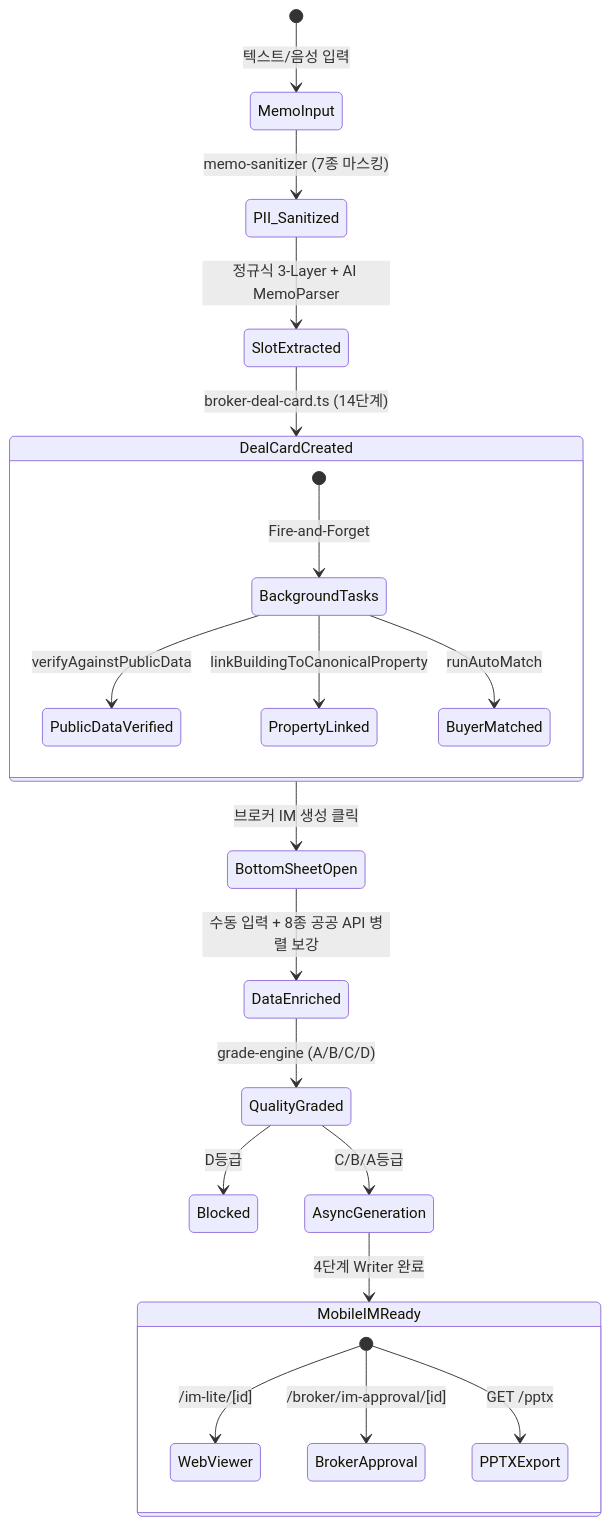
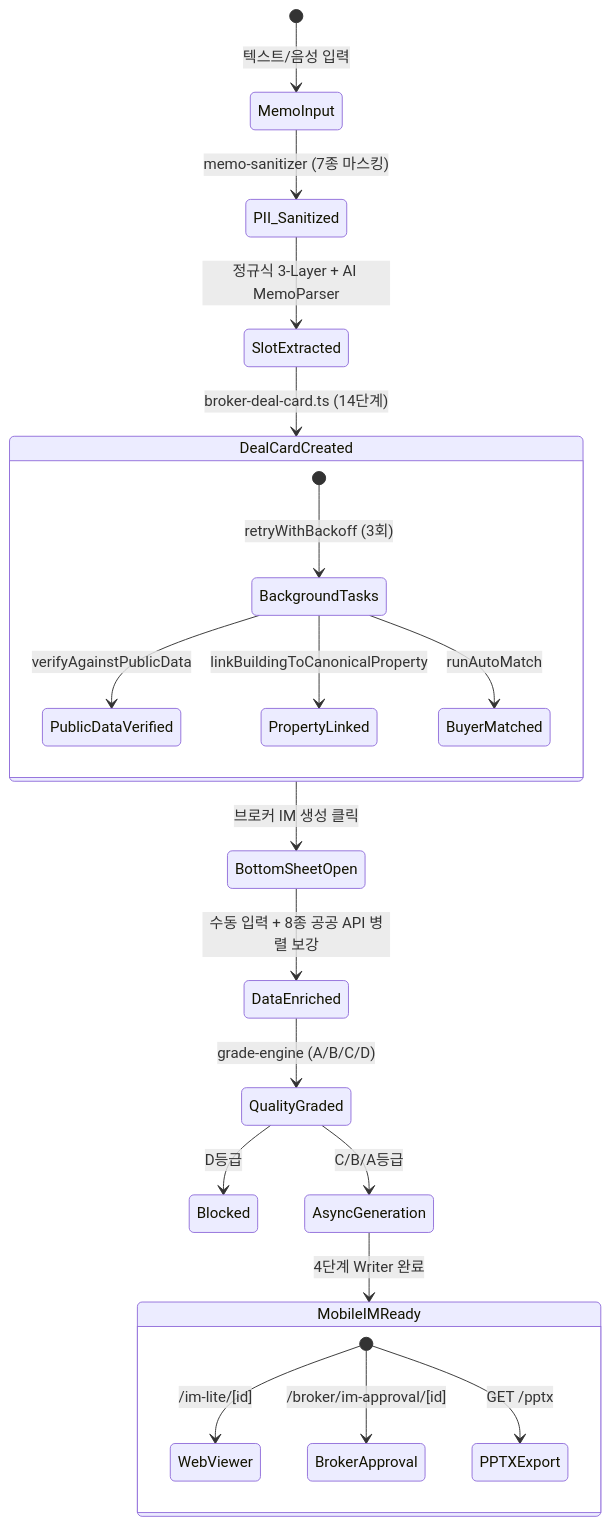
One commit to kboom8002/cre-dealcard changed the diagram in docs/test0827/PIPELINE_FUNCTIONAL_SPEC.md. Above: the diagram before and after it, drawn with Mermaid. The commit also changed other lines of this file and 2 other files, not shown here.

````diff
--- a/docs/test0827/PIPELINE_FUNCTIONAL_SPEC.md
+++ b/docs/test0827/PIPELINE_FUNCTIONAL_SPEC.md
@@ -287,31 +200,24 @@
 ```mermaid
 stateDiagram-v2
     [*] --> MemoInput : 텍스트/음성 입력
-
     MemoInput --> PII_Sanitized : memo-sanitizer (7종 마스킹)
     PII_Sanitized --> SlotExtracted : 정규식 3-Layer + AI MemoParser
-
     SlotExtracted --> DealCardCreated : broker-deal-card.ts (14단계)
-
     state DealCardCreated {
-        [*] --> BackgroundTasks : Fire-and-Forget
+        [*] --> BackgroundTasks : retryWithBackoff (3회)
         BackgroundTasks --> PublicDataVerified : verifyAgainstPublicData
         BackgroundTasks --> PropertyLinked : linkBuildingToCanonicalProperty
         BackgroundTasks --> BuyerMatched : runAutoMatch
     }
-
     DealCardCreated --> BottomSheetOpen : 브로커 IM 생성 클릭
     BottomSheetOpen --> DataEnriched : 수동 입력 + 8종 공공 API 병렬 보강
     DataEnriched --> QualityGraded : grade-engine (A/B/C/D)
-
     QualityGraded --> Blocked : D등급
     QualityGraded --> AsyncGeneration : C/B/A등급
-
     AsyncGeneration --> MobileIMReady : 4단계 Writer 완료
-
     state MobileIMReady {
         [*] --> WebViewer : /im-lite/[id]
         [*] --> BrokerApproval : /broker/im-approval/[id]
         [*] --> PPTXExport : GET /pptx
     }
 ```
````
